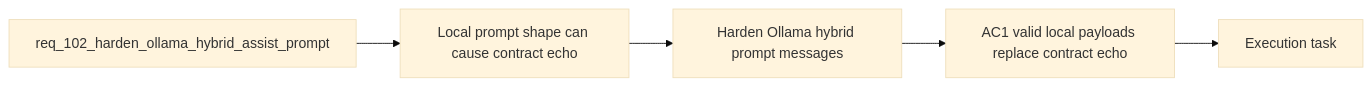
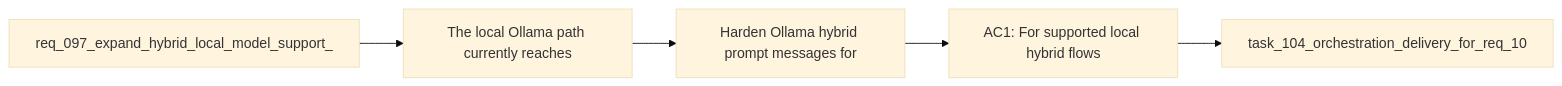
The diagram in logics/backlog/item_176_harden_ollama_hybrid_prompt_messages_for_supported_local_flows.md (AlexAgo83/logics-manager), drawn with Mermaid (base theme) before and after one commit. The commit also changed 481 other files, not shown here.

````diff
--- a/logics/backlog/item_176_harden_ollama_hybrid_prompt_messages_for_supported_local_flows.md
+++ b/logics/backlog/item_176_harden_ollama_hybrid_prompt_messages_for_supported_local_flows.md
@@ -28,9 +28,9 @@
 ```mermaid
 %% logics-kind: backlog
 %% logics-signature: backlog|harden-ollama-hybrid-prompt-messages-for|req-097-expand-hybrid-local-model-suppor|the-local-ollama-path-currently-reaches|ac1-for-supported-local-hybrid-flows
 flowchart LR
-    Request[req_102_harden_ollama_hybrid_assist_prompt] --> Problem[Local prompt shape can cause contract echo]
-    Problem --> Scope[Harden Ollama hybrid prompt messages]
-    Scope --> Acceptance[AC1 valid local payloads replace contract echo]
-    Acceptance --> Tasks[Execution task]
+    Request[req_097_expand_hybrid_local_model_support_] --> Problem[The local Ollama path currently reaches]
+    Problem --> Scope[Harden Ollama hybrid prompt messages for]
+    Scope --> Acceptance[AC1: For supported local hybrid flows]
+    Acceptance --> Tasks[task_104_orchestration_delivery_for_req_10]
 ```
````
